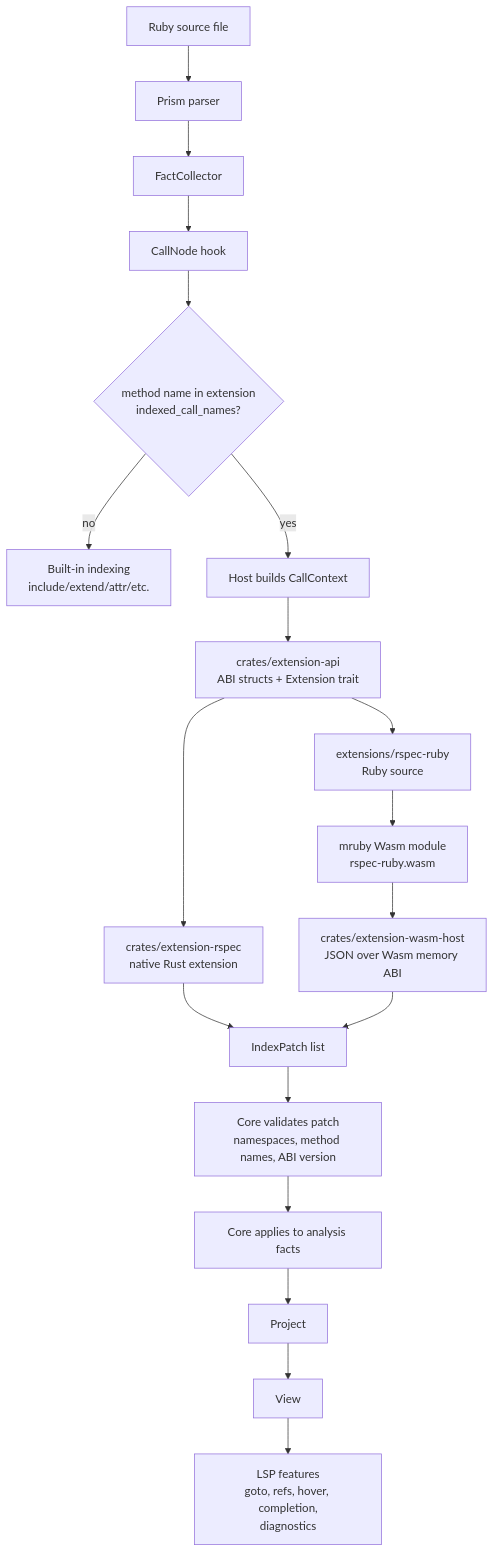
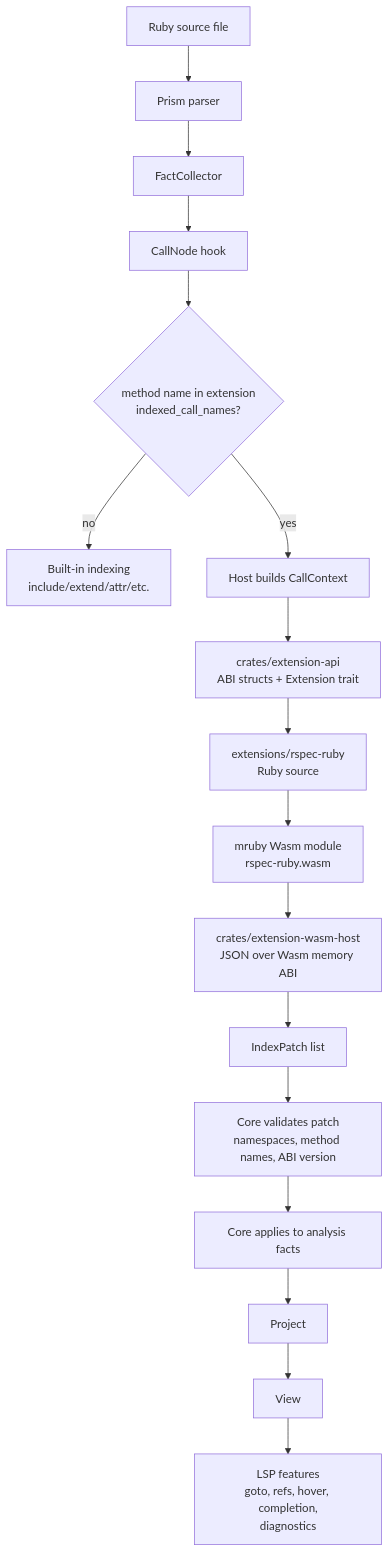
One commit to rajnaveen344/ruby-fast-lsp changed the first of 3 diagrams in extensions/README.md. Above: the diagram before and after it, drawn with Mermaid. The commit also changed other lines of this file and 18 other files, not shown here.

````diff
--- a/extensions/README.md
+++ b/extensions/README.md
@@ -6,25 +6,23 @@
 ```mermaid
 flowchart TD
     RubySource[Ruby source file] --> Prism[Prism parser]
     Prism --> FactCollector[FactCollector]
     FactCollector --> CallNode[CallNode hook]
 
     CallNode --> Filter{method name in extension\nindexed_call_names?}
     Filter -- no --> Builtins[Built-in indexing\ninclude/extend/attr/etc.]
     Filter -- yes --> HostCtx[Host builds CallContext]
 
     HostCtx --> ExtApi[crates/extension-api\nABI structs + Extension trait]
-    ExtApi --> RSpecRust[crates/extension-rspec\nnative Rust extension]
     ExtApi --> RSpecRuby[extensions/rspec-ruby\nRuby source]
     RSpecRuby --> Mruby[mruby Wasm module\nrspec-ruby.wasm]
     Mruby --> WasmHost[crates/extension-wasm-host\nJSON over Wasm memory ABI]
-    RSpecRust --> Patches[IndexPatch list]
-    WasmHost --> Patches
+    WasmHost --> Patches[IndexPatch list]
 
     Patches --> Validate[Core validates patch\nnamespaces, method names, ABI version]
     Validate --> Apply[Core applies to analysis facts]
     Apply --> Engine[Project]
 
     Engine --> Query[View]
     Query --> LspFeatures[LSP features\ngoto, refs, hover, completion,\ndiagnostics]
 ```
````
